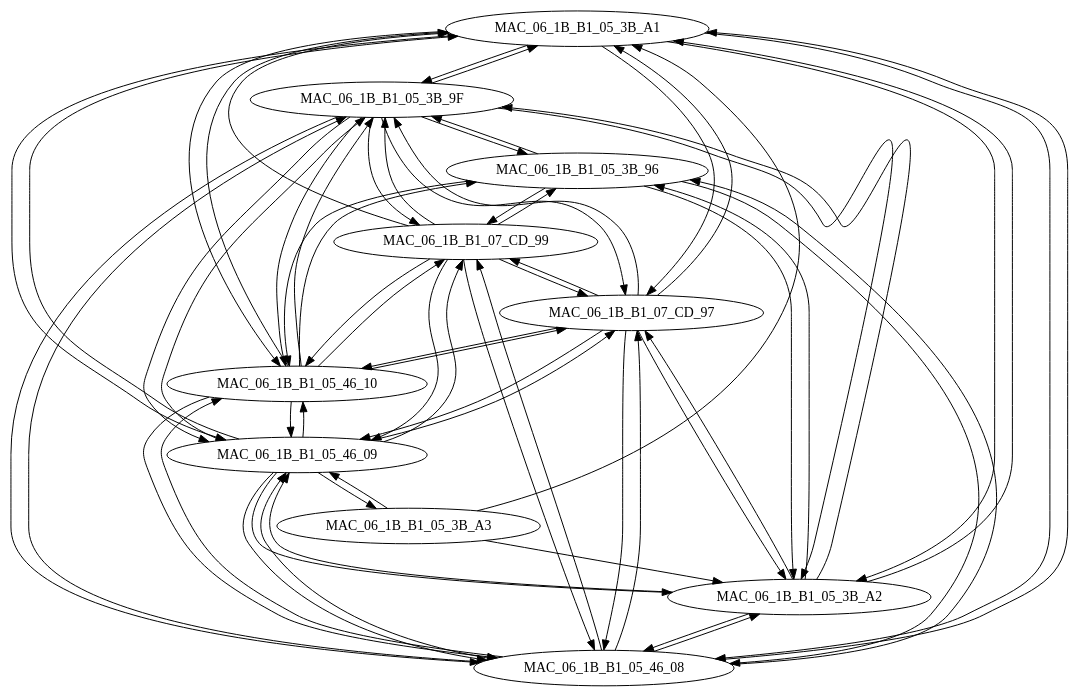
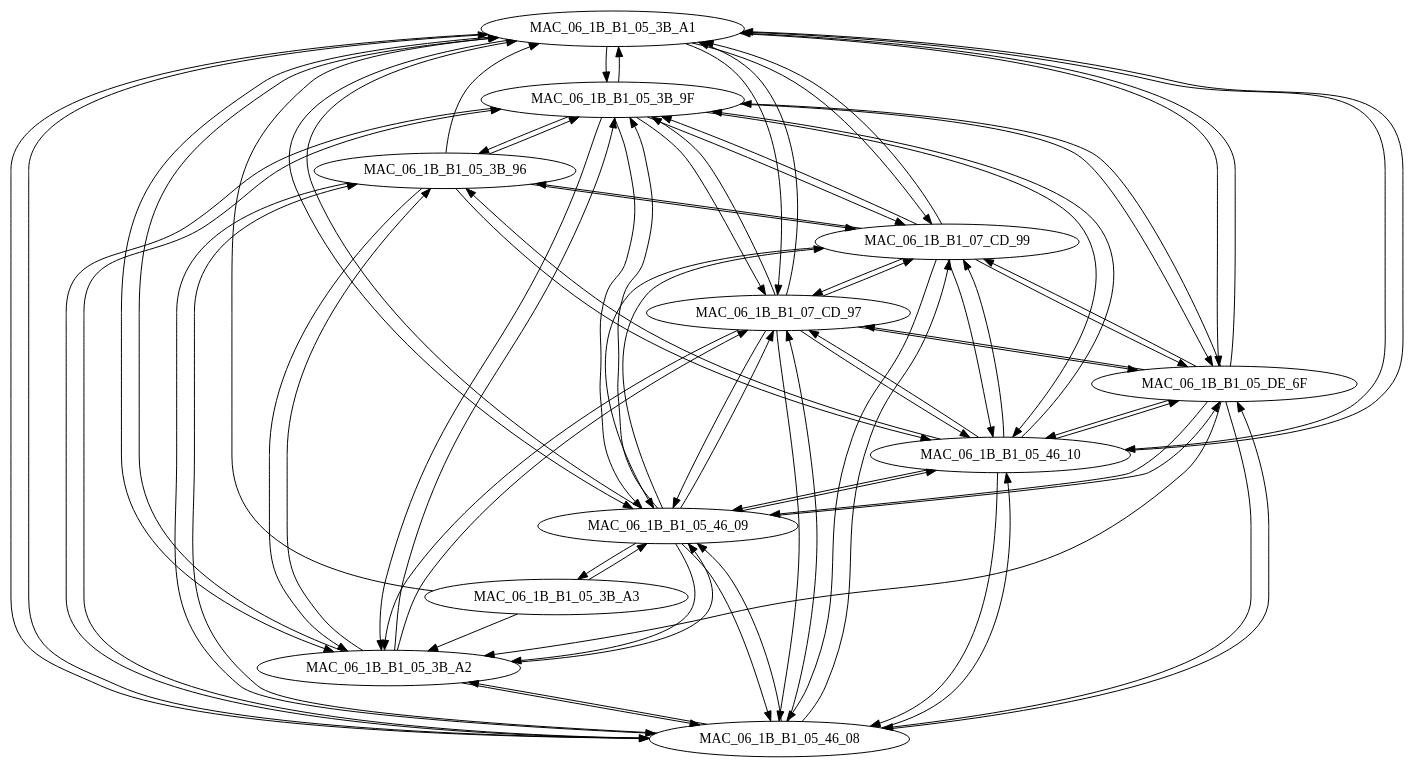
Before and after one commit to kathi1987/clickwatch: the diagram in edu.hu.clickwatch.examples/src/edu/hu/clickwatch/examples/linkdist/output.dot, drawn with Graphviz. The commit also changed 9 other files, not shown here.

```diff
--- a/edu.hu.clickwatch.examples/src/edu/hu/clickwatch/examples/linkdist/output.dot
+++ b/edu.hu.clickwatch.examples/src/edu/hu/clickwatch/examples/linkdist/output.dot
@@ -1,68 +1,85 @@
 digraph {
   MAC_06_1B_B1_05_3B_A1 -> MAC_06_1B_B1_05_3B_9F;
   MAC_06_1B_B1_05_3B_A1 -> MAC_06_1B_B1_05_3B_A2;
   MAC_06_1B_B1_05_3B_A1 -> MAC_06_1B_B1_05_46_08;
   MAC_06_1B_B1_05_3B_A1 -> MAC_06_1B_B1_05_46_09;
   MAC_06_1B_B1_05_3B_A1 -> MAC_06_1B_B1_05_46_10;
+  MAC_06_1B_B1_05_3B_A1 -> MAC_06_1B_B1_05_DE_6F;
   MAC_06_1B_B1_05_3B_A1 -> MAC_06_1B_B1_07_CD_97;
+  MAC_06_1B_B1_05_3B_A1 -> MAC_06_1B_B1_07_CD_99;
   MAC_06_1B_B1_05_46_09 -> MAC_06_1B_B1_05_3B_9F;
   MAC_06_1B_B1_05_46_09 -> MAC_06_1B_B1_05_3B_A1;
   MAC_06_1B_B1_05_46_09 -> MAC_06_1B_B1_05_3B_A2;
   MAC_06_1B_B1_05_46_09 -> MAC_06_1B_B1_05_3B_A3;
   MAC_06_1B_B1_05_46_09 -> MAC_06_1B_B1_05_46_08;
   MAC_06_1B_B1_05_46_09 -> MAC_06_1B_B1_05_46_10;
+  MAC_06_1B_B1_05_46_09 -> MAC_06_1B_B1_05_DE_6F;
   MAC_06_1B_B1_05_46_09 -> MAC_06_1B_B1_07_CD_97;
   MAC_06_1B_B1_05_46_09 -> MAC_06_1B_B1_07_CD_99;
   MAC_06_1B_B1_05_46_08 -> MAC_06_1B_B1_05_3B_96;
   MAC_06_1B_B1_05_46_08 -> MAC_06_1B_B1_05_3B_9F;
   MAC_06_1B_B1_05_46_08 -> MAC_06_1B_B1_05_3B_A1;
   MAC_06_1B_B1_05_46_08 -> MAC_06_1B_B1_05_3B_A2;
   MAC_06_1B_B1_05_46_08 -> MAC_06_1B_B1_05_46_09;
   MAC_06_1B_B1_05_46_08 -> MAC_06_1B_B1_05_46_10;
+  MAC_06_1B_B1_05_46_08 -> MAC_06_1B_B1_05_DE_6F;
   MAC_06_1B_B1_05_46_08 -> MAC_06_1B_B1_07_CD_97;
   MAC_06_1B_B1_05_46_08 -> MAC_06_1B_B1_07_CD_99;
   MAC_06_1B_B1_05_46_10 -> MAC_06_1B_B1_05_3B_96;
   MAC_06_1B_B1_05_46_10 -> MAC_06_1B_B1_05_3B_9F;
   MAC_06_1B_B1_05_46_10 -> MAC_06_1B_B1_05_3B_A1;
   MAC_06_1B_B1_05_46_10 -> MAC_06_1B_B1_05_46_08;
   MAC_06_1B_B1_05_46_10 -> MAC_06_1B_B1_05_46_09;
+  MAC_06_1B_B1_05_46_10 -> MAC_06_1B_B1_05_DE_6F;
   MAC_06_1B_B1_05_46_10 -> MAC_06_1B_B1_07_CD_97;
   MAC_06_1B_B1_05_46_10 -> MAC_06_1B_B1_07_CD_99;
   MAC_06_1B_B1_05_3B_9F -> MAC_06_1B_B1_05_3B_96;
   MAC_06_1B_B1_05_3B_9F -> MAC_06_1B_B1_05_3B_A1;
   MAC_06_1B_B1_05_3B_9F -> MAC_06_1B_B1_05_3B_A2;
   MAC_06_1B_B1_05_3B_9F -> MAC_06_1B_B1_05_46_08;
   MAC_06_1B_B1_05_3B_9F -> MAC_06_1B_B1_05_46_09;
   MAC_06_1B_B1_05_3B_9F -> MAC_06_1B_B1_05_46_10;
+  MAC_06_1B_B1_05_3B_9F -> MAC_06_1B_B1_05_DE_6F;
   MAC_06_1B_B1_05_3B_9F -> MAC_06_1B_B1_07_CD_97;
   MAC_06_1B_B1_05_3B_9F -> MAC_06_1B_B1_07_CD_99;
   MAC_06_1B_B1_05_3B_A2 -> MAC_06_1B_B1_05_3B_96;
   MAC_06_1B_B1_05_3B_A2 -> MAC_06_1B_B1_05_3B_9F;
   MAC_06_1B_B1_05_3B_A2 -> MAC_06_1B_B1_05_3B_A1;
   MAC_06_1B_B1_05_3B_A2 -> MAC_06_1B_B1_05_46_08;
   MAC_06_1B_B1_05_3B_A2 -> MAC_06_1B_B1_05_46_09;
   MAC_06_1B_B1_05_3B_A2 -> MAC_06_1B_B1_07_CD_97;
   MAC_06_1B_B1_05_3B_96 -> MAC_06_1B_B1_05_3B_9F;
+  MAC_06_1B_B1_05_3B_96 -> MAC_06_1B_B1_05_3B_A1;
   MAC_06_1B_B1_05_3B_96 -> MAC_06_1B_B1_05_3B_A2;
   MAC_06_1B_B1_05_3B_96 -> MAC_06_1B_B1_05_46_08;
   MAC_06_1B_B1_05_3B_96 -> MAC_06_1B_B1_05_46_10;
   MAC_06_1B_B1_05_3B_96 -> MAC_06_1B_B1_07_CD_99;
   MAC_06_1B_B1_07_CD_97 -> MAC_06_1B_B1_05_3B_9F;
   MAC_06_1B_B1_07_CD_97 -> MAC_06_1B_B1_05_3B_A1;
   MAC_06_1B_B1_07_CD_97 -> MAC_06_1B_B1_05_3B_A2;
   MAC_06_1B_B1_07_CD_97 -> MAC_06_1B_B1_05_46_08;
   MAC_06_1B_B1_07_CD_97 -> MAC_06_1B_B1_05_46_09;
   MAC_06_1B_B1_07_CD_97 -> MAC_06_1B_B1_05_46_10;
+  MAC_06_1B_B1_07_CD_97 -> MAC_06_1B_B1_05_DE_6F;
   MAC_06_1B_B1_07_CD_97 -> MAC_06_1B_B1_07_CD_99;
   MAC_06_1B_B1_05_3B_A3 -> MAC_06_1B_B1_05_3B_A1;
   MAC_06_1B_B1_05_3B_A3 -> MAC_06_1B_B1_05_3B_A2;
   MAC_06_1B_B1_05_3B_A3 -> MAC_06_1B_B1_05_46_09;
   MAC_06_1B_B1_07_CD_99 -> MAC_06_1B_B1_05_3B_96;
   MAC_06_1B_B1_07_CD_99 -> MAC_06_1B_B1_05_3B_9F;
   MAC_06_1B_B1_07_CD_99 -> MAC_06_1B_B1_05_3B_A1;
   MAC_06_1B_B1_07_CD_99 -> MAC_06_1B_B1_05_46_08;
   MAC_06_1B_B1_07_CD_99 -> MAC_06_1B_B1_05_46_09;
   MAC_06_1B_B1_07_CD_99 -> MAC_06_1B_B1_05_46_10;
+  MAC_06_1B_B1_07_CD_99 -> MAC_06_1B_B1_05_DE_6F;
   MAC_06_1B_B1_07_CD_99 -> MAC_06_1B_B1_07_CD_97;
+  MAC_06_1B_B1_05_DE_6F -> MAC_06_1B_B1_05_3B_9F;
+  MAC_06_1B_B1_05_DE_6F -> MAC_06_1B_B1_05_3B_A1;
+  MAC_06_1B_B1_05_DE_6F -> MAC_06_1B_B1_05_3B_A2;
+  MAC_06_1B_B1_05_DE_6F -> MAC_06_1B_B1_05_46_08;
+  MAC_06_1B_B1_05_DE_6F -> MAC_06_1B_B1_05_46_09;
+  MAC_06_1B_B1_05_DE_6F -> MAC_06_1B_B1_05_46_10;
+  MAC_06_1B_B1_05_DE_6F -> MAC_06_1B_B1_07_CD_97;
+  MAC_06_1B_B1_05_DE_6F -> MAC_06_1B_B1_07_CD_99;
 
 }
```
